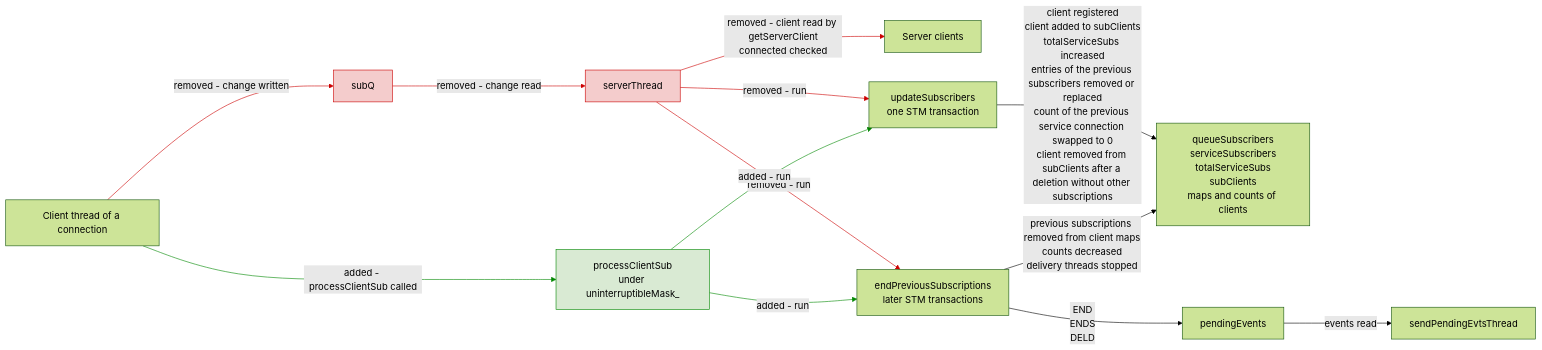
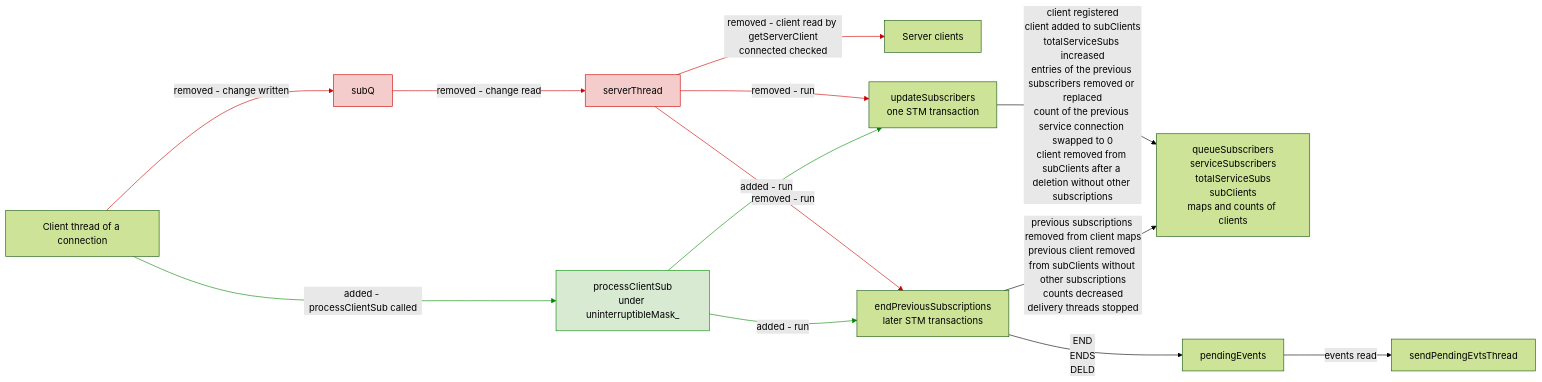
The first of 6 diagrams in plans/2026-10-31-sub-register-first.md (simplex-chat/simplexmq), drawn with Mermaid (forest theme) before and after one commit. The commit also changed other lines of this file, not shown here.

Commit message:
plans: duplicate SUB with SEND, service counts before and after the change

````diff
--- a/plans/2026-10-31-sub-register-first.md
+++ b/plans/2026-10-31-sub-register-first.md
@@ -30,31 +33,31 @@
 ```mermaid
 flowchart LR
     C[Client thread of a connection]
     Q[subQ]
     T[serverThread]
     X[Server clients]
     P[processClientSub<br>under uninterruptibleMask_]
     U[updateSubscribers<br>one STM transaction]
     V[endPreviousSubscriptions<br>later STM transactions]
     R[queueSubscribers<br>serviceSubscribers<br>totalServiceSubs<br>subClients<br>maps and counts of clients]
     E[pendingEvents]
     S[sendPendingEvtsThread]
     C -- "removed - change written" --> Q
     Q -- "removed - change read" --> T
     T -- "removed - client read by getServerClient<br>connected checked" --> X
     T -- "removed - run" --> U
     T -- "removed - run" --> V
     C -- "added - processClientSub called" --> P
     P -- "added - run" --> U
     P -- "added - run" --> V
     U -- "client registered<br>client added to subClients<br>totalServiceSubs increased<br>entries of the previous subscribers removed or replaced<br>count of the previous service connection swapped to 0<br>client removed from subClients after a deletion without other subscriptions" --> R
-    V -- "previous subscriptions removed from client maps<br>counts decreased<br>delivery threads stopped" --> R
+    V -- "previous subscriptions removed from client maps<br>previous client removed from subClients without other subscriptions<br>counts decreased<br>delivery threads stopped" --> R
     V -- "END<br>ENDS<br>DELD" --> E
     E -- "events read" --> S
     classDef removed fill:#f4cccc,stroke:#cc0000
     classDef added fill:#d9ead3,stroke:#008800
     class Q,T removed
     class P added
     linkStyle 0,1,2,3,4 stroke:#cc0000
     linkStyle 5,6,7 stroke:#008800
 ```
````
